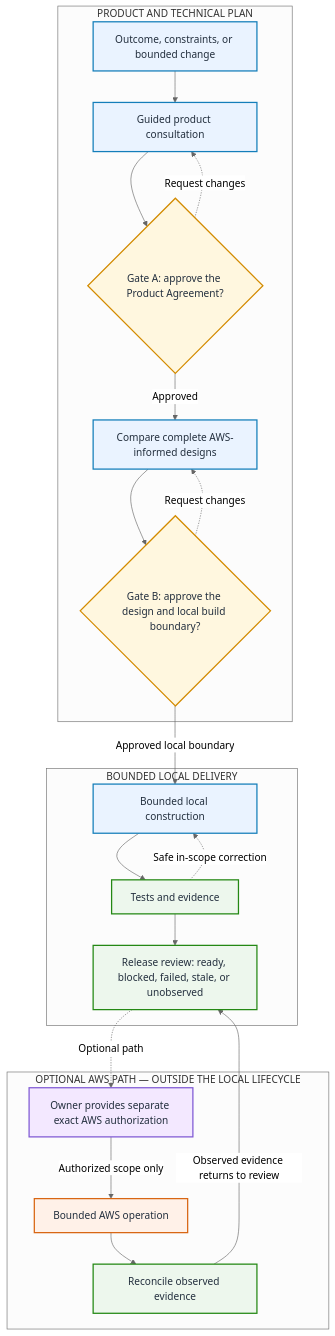
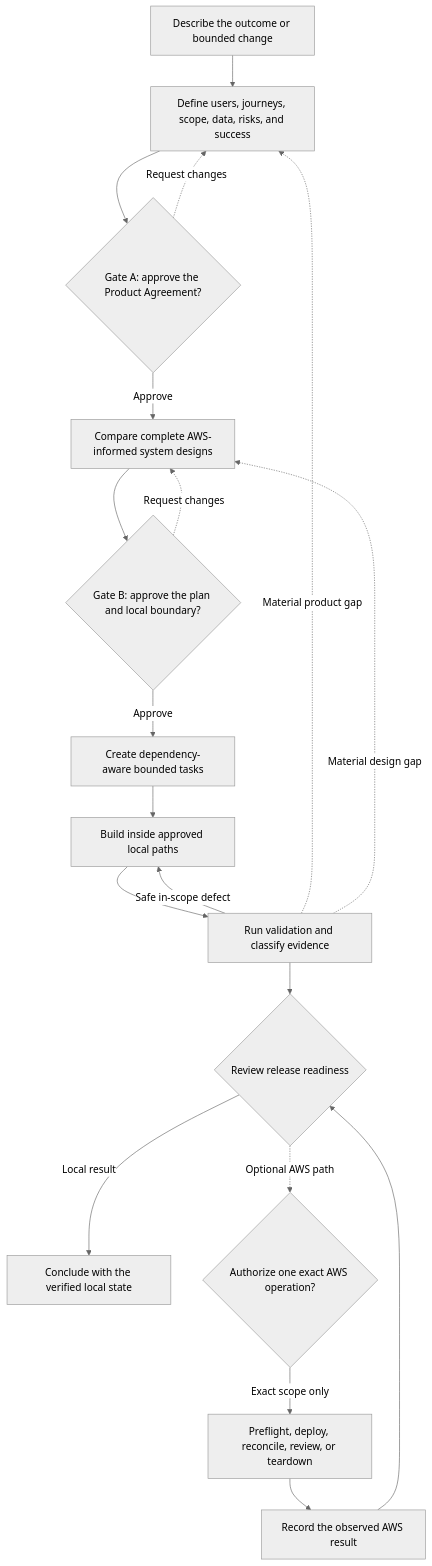
One commit to Levi-Breedlove/codex-aws-aidlc changed the diagram in README.md. Above: the diagram before and after it, drawn with Mermaid (neutral theme). The commit also changed other lines of this file and 27 other files, not shown here.

First line of the commit message:
fix: require separate AWS deployment authorization (#106)

````diff
--- a/README.md
+++ b/README.md
@@ -36,31 +36,36 @@
 ```mermaid
 flowchart TB
-    accTitle: Fastlane governed delivery at a glance
-    accDescr: The governed local journey contains Gate A and Gate B. An optional AWS path sits outside both gates, requires separate exact authorization from the owner, and returns observed evidence to release review.
-    subgraph PLAN["PRODUCT AND TECHNICAL PLAN"]
-        IDEA["Outcome, constraints, or bounded change"] --> DEFINE["Guided product consultation"] --> GATEA{"Gate A: approve the Product Agreement?"}
-        GATEA -->|"Approved"| DESIGN["Compare complete AWS-informed designs"] --> GATEB{"Gate B: approve the design and local build boundary?"}
-        GATEA -. "Request changes" .-> DEFINE
-        GATEB -. "Request changes" .-> DESIGN
-    end
-    subgraph LOCAL["BOUNDED LOCAL DELIVERY"]
-        BUILD["Bounded local construction"] --> VERIFY["Tests and evidence"] --> RESULT["Release review: ready, blocked, failed, stale, or unobserved"]
-        VERIFY -. "Safe in-scope correction" .-> BUILD
-    end
-    subgraph CLOUD["OPTIONAL AWS PATH — OUTSIDE THE LOCAL LIFECYCLE"]
-        AWSAUTH["Owner provides separate exact AWS authorization"] -->|"Authorized scope only"| AWSOPS["Bounded AWS operation"] --> AWSOBS["Reconcile observed evidence"]
-    end
-    GATEB -->|"Approved local boundary"| BUILD
-    RESULT -. "Optional path" .-> AWSAUTH
-    AWSOBS -->|"Observed evidence returns to review"| RESULT
-    class IDEA,DEFINE,DESIGN,BUILD work
-    class GATEA,GATEB gate
-    class AWSAUTH authorization
-    class VERIFY,RESULT,AWSOBS evidence
-    class AWSOPS aws
-    classDef work fill:#EAF3FF,stroke:#147EBA,color:#232F3E,stroke-width:2px
-    classDef gate fill:#FFF7DF,stroke:#D38B00,color:#232F3E,stroke-width:2px
-    classDef authorization fill:#F3E8FF,stroke:#805AD5,color:#232F3E,stroke-width:2px
-    classDef evidence fill:#EDF7ED,stroke:#248814,color:#232F3E,stroke-width:2px
-    classDef aws fill:#FFF1E8,stroke:#D86613,color:#232F3E,stroke-width:2px
+    accTitle: Fastlane customer delivery lifecycle
+    accDescr: The owner approves product and technical boundaries. Fastlane plans, builds, and verifies locally; corrections return to the affected stage, and separately authorized AWS results return to release review.
+
+    IDEA["Describe the outcome or bounded change"]
+    DEFINE["Define users, journeys, scope, data, risks, and success"]
+    GATEA{"Gate A: approve the Product Agreement?"}
+    DESIGN["Compare complete AWS-informed system designs"]
+    GATEB{"Gate B: approve the plan and local boundary?"}
+    TASKS["Create dependency-aware bounded tasks"]
+    BUILD["Build inside approved local paths"]
+    VERIFY["Run validation and classify evidence"]
+    RELEASE{"Review release readiness"}
+    LOCAL["Conclude with the verified local state"]
+    AWSAUTH{"Authorize one exact AWS operation?"}
+    AWSOPS["Preflight, deploy, reconcile, review, or teardown"]
+    AWSRESULT["Record the observed AWS result"]
+
+    IDEA --> DEFINE --> GATEA
+    GATEA -->|"Approve"| DESIGN
+    GATEA -. "Request changes" .-> DEFINE
+
+    DESIGN --> GATEB
+    GATEB -->|"Approve"| TASKS
+    GATEB -. "Request changes" .-> DESIGN
+
+    TASKS --> BUILD --> VERIFY --> RELEASE
+    VERIFY -->|"Safe in-scope defect"| BUILD
+    VERIFY -. "Material product gap" .-> DEFINE
+    VERIFY -. "Material design gap" .-> DESIGN
+
+    RELEASE -->|"Local result"| LOCAL
+    RELEASE -. "Optional AWS path" .-> AWSAUTH
+    AWSAUTH -->|"Exact scope only"| AWSOPS --> AWSRESULT --> RELEASE
 ```
````
